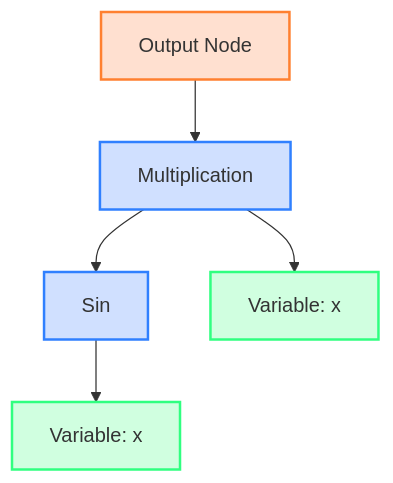
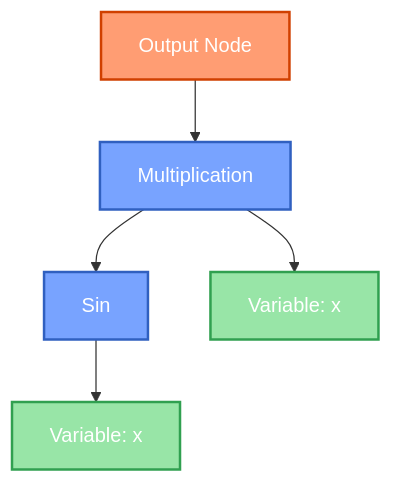
The third of 5 diagrams in README.md (rdguerrerom/AutoDiff), drawn with Mermaid before and after one commit. The commit also changed other lines of this file and 8 other files, not shown here.

````diff
--- a/README.md
+++ b/README.md
@@ -144,13 +153,15 @@
 ```mermaid
 graph TD
     A["Output Node"] --> B["Multiplication"]
     B --> C["Sin"]
     B --> D["Variable: x"]
     C --> E["Variable: x"]
     
-    style A fill:#ffe0d0,stroke:#ff8030,stroke-width:2px
-    style B fill:#d0e0ff,stroke:#3080ff,stroke-width:2px
-    style C fill:#d0e0ff,stroke:#3080ff,stroke-width:2px
-    style D fill:#d0ffe0,stroke:#30ff80,stroke-width:2px
-    style E fill:#d0ffe0,stroke:#30ff80,stroke-width:2px
+    classDef output fill:#ff9d73,stroke:#d04000,stroke-width:2px,color:#fff
+    classDef operation fill:#78a3ff,stroke:#3060c0,stroke-width:2px,color:#fff
+    classDef variable fill:#98e5a7,stroke:#30a050,stroke-width:2px,color:#fff
+    
+    class A output
+    class B,C operation
+    class D,E variable
 ```
````
